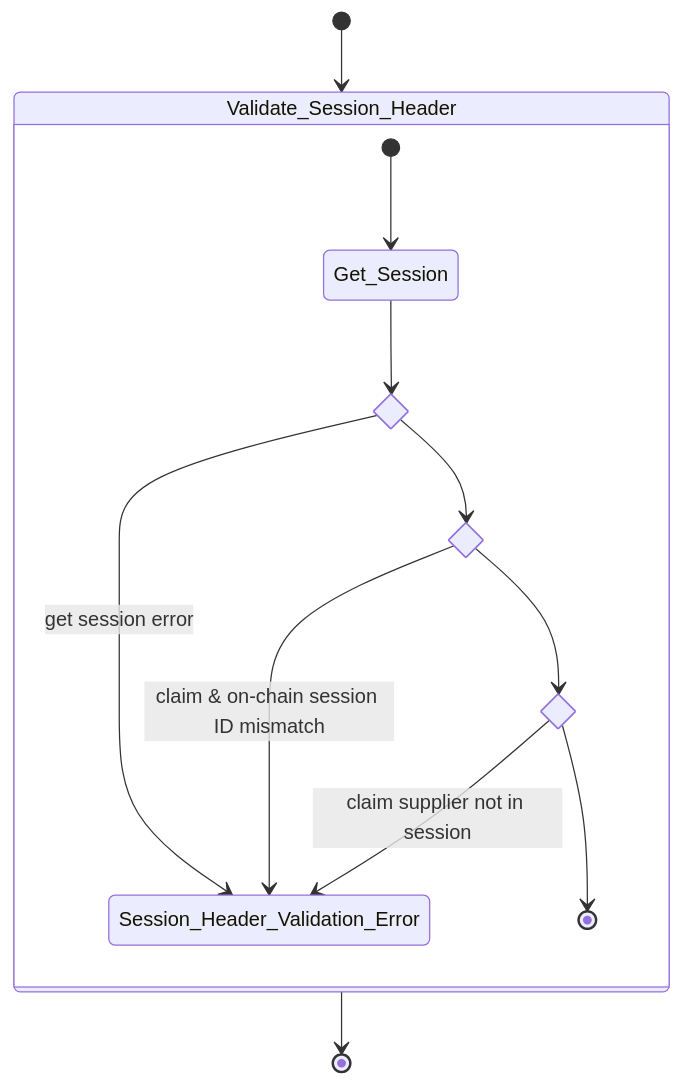
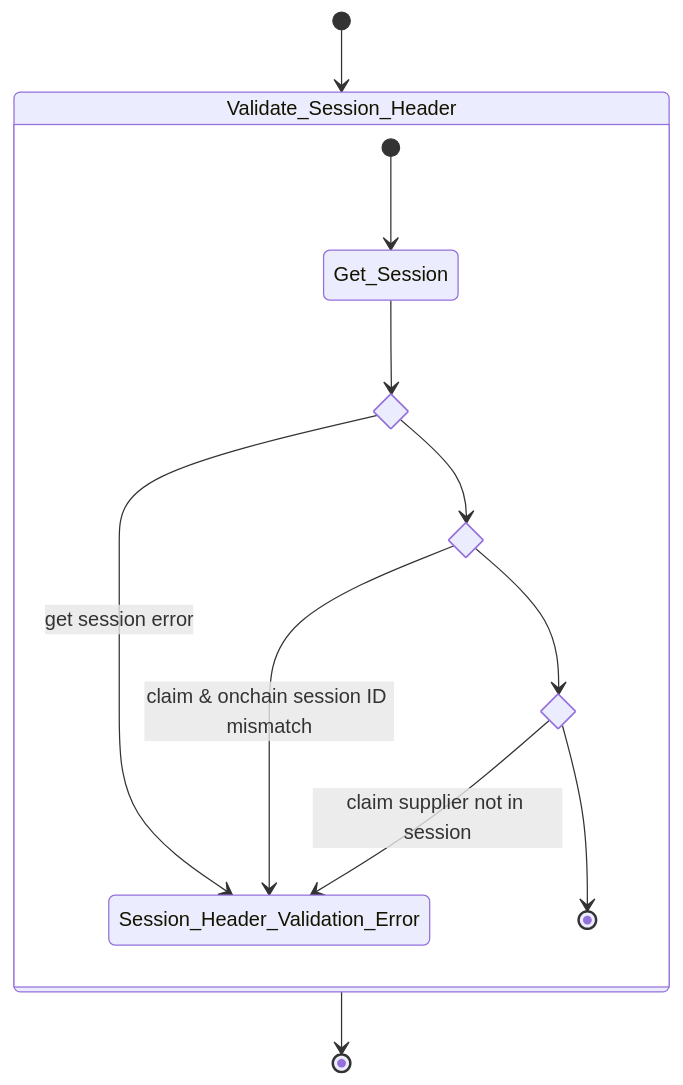
One commit to pokt-network/poktroll changed diagram 12 of 17 in docusaurus/docs/protocol/primitives/claim_and_proof_lifecycle.md. Above: the diagram before and after it, drawn with Mermaid. The commit also changed other lines of this file and 152 other files, not shown here.

````diff
--- a/docusaurus/docs/protocol/primitives/claim_and_proof_lifecycle.md
+++ b/docusaurus/docs/protocol/primitives/claim_and_proof_lifecycle.md
@@ -673,22 +673,22 @@
 ```mermaid
 stateDiagram-v2
 
 [*] --> Validate_Session_Header
 
 
 state Validate_Session_Header {
     [*] --> Get_Session
     state if_get_session_error <<choice>>
     state if_session_id_mismatch <<choice>>
     state if_supplier_found <<choice>>
     Get_Session --> if_get_session_error
     if_get_session_error --> Session_Header_Validation_Error: get session error
     if_get_session_error --> if_session_id_mismatch
-    if_session_id_mismatch --> Session_Header_Validation_Error: claim & on-chain session ID mismatch
+    if_session_id_mismatch --> Session_Header_Validation_Error: claim & onchain session ID mismatch
     if_session_id_mismatch --> if_supplier_found
     if_supplier_found --> Session_Header_Validation_Error: claim supplier not in session
     if_supplier_found --> [*]
 }
 
 Validate_Session_Header --> [*]
 ```
````
